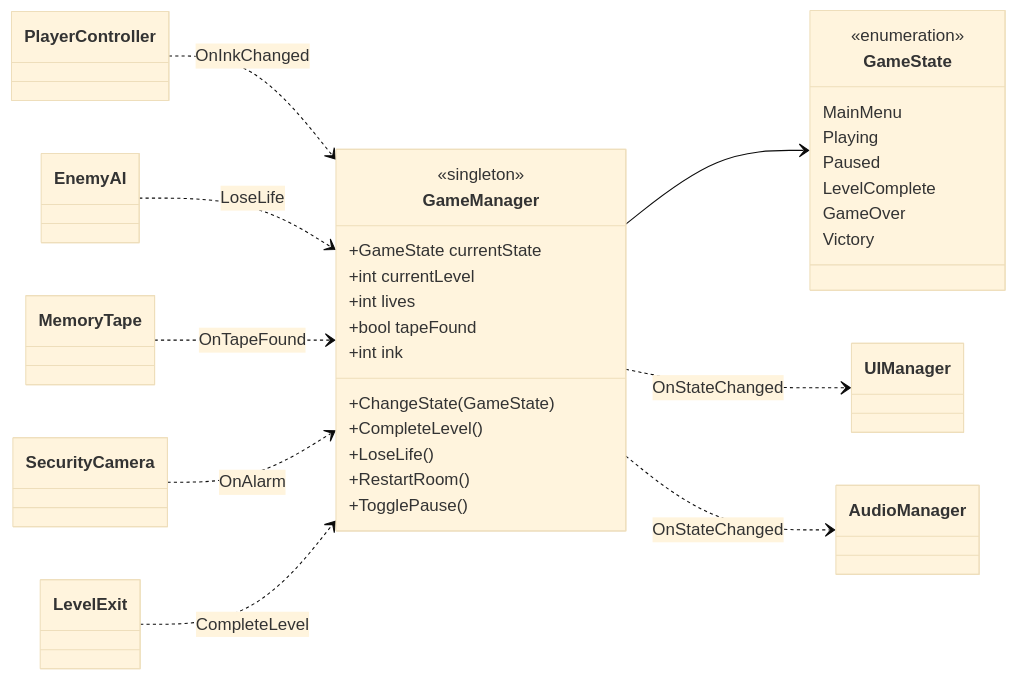
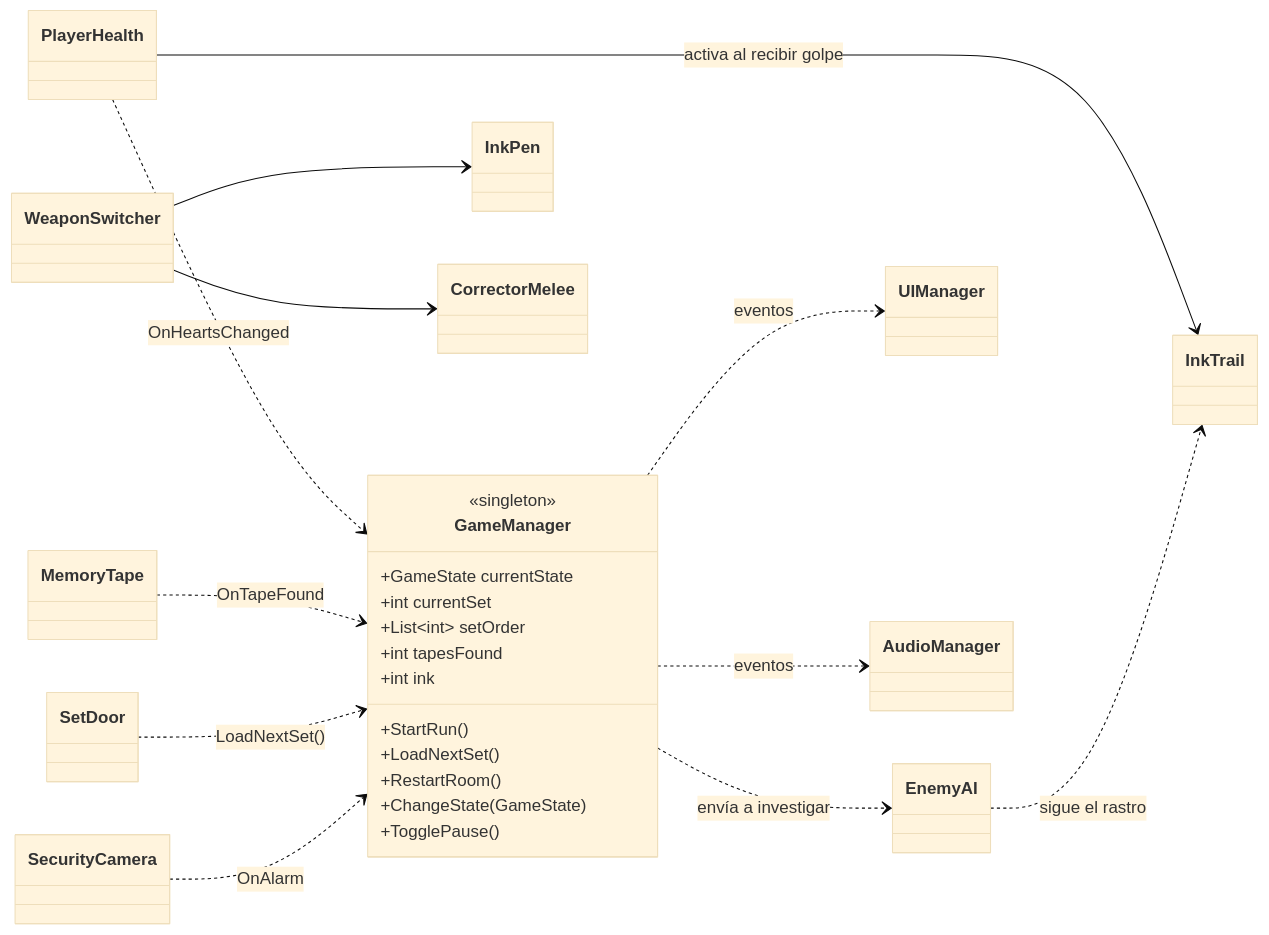
One commit to DannieLudens/last-frame-gdd changed the diagram in content/es/08-desarrollo.md. Above: the diagram before and after it, drawn with Mermaid (base theme). The commit also changed other lines of this file and 15 other files, not shown here.

````diff
--- a/content/es/08-desarrollo.md
+++ b/content/es/08-desarrollo.md
@@ -7,34 +43,28 @@
 ```mermaid
 classDiagram
   direction LR
   class GameManager {
     <<singleton>>
     +GameState currentState
-    +int currentLevel
-    +int lives
-    +bool tapeFound
+    +int currentSet
+    +List~int~ setOrder
+    +int tapesFound
     +int ink
+    +StartRun()
+    +LoadNextSet()
+    +RestartRoom()
     +ChangeState(GameState)
-    +CompleteLevel()
-    +LoseLife()
-    +RestartRoom()
     +TogglePause()
   }
-  class GameState {
-    <<enumeration>>
-    MainMenu
-    Playing
-    Paused
-    LevelComplete
-    GameOver
-    Victory
-  }
-  GameManager --> GameState
-  PlayerController ..> GameManager : OnInkChanged
-  EnemyAI ..> GameManager : LoseLife
+  PlayerHealth ..> GameManager : OnHeartsChanged
   MemoryTape ..> GameManager : OnTapeFound
+  SetDoor ..> GameManager : LoadNextSet()
   SecurityCamera ..> GameManager : OnAlarm
-  LevelExit ..> GameManager : CompleteLevel
-  GameManager ..> UIManager : OnStateChanged
-  GameManager ..> AudioManager : OnStateChanged
+  GameManager ..> EnemyAI : envía a investigar
+  PlayerHealth --> InkTrail : activa al recibir golpe
+  EnemyAI ..> InkTrail : sigue el rastro
+  WeaponSwitcher --> InkPen
+  WeaponSwitcher --> CorrectorMelee
+  GameManager ..> UIManager : eventos
+  GameManager ..> AudioManager : eventos
 ```
````
